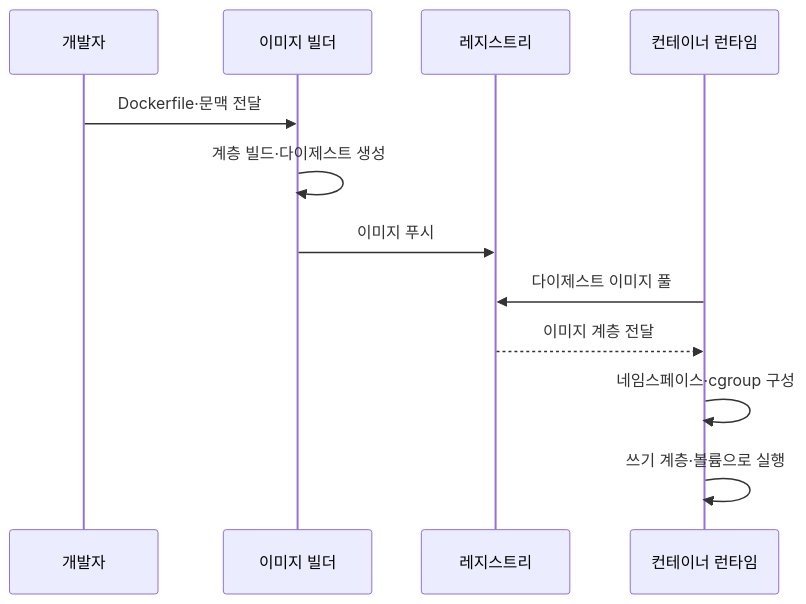
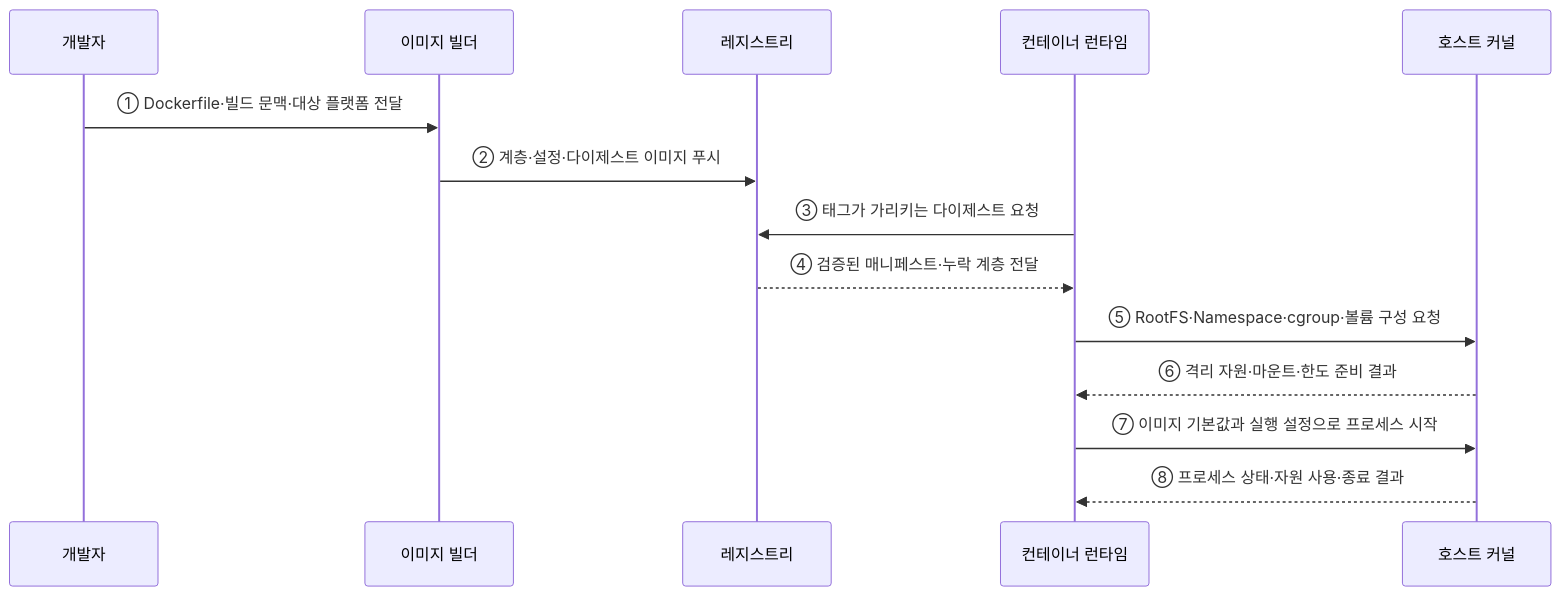
Before and after one commit to agnusdei1207/knowledge-base: the second of 2 diagrams in src/content/docs/notes/03-software/150_docker_container.md, drawn with Mermaid. The commit also changed other lines of this file and 20 other files, not shown here.

````diff
--- a/src/content/docs/notes/03-software/150_docker_container.md
+++ b/src/content/docs/notes/03-software/150_docker_container.md
@@ -82,14 +71,16 @@
 ```mermaid
 sequenceDiagram
     participant D as 개발자
     participant B as 이미지 빌더
     participant R as 레지스트리
     participant C as 컨테이너 런타임
-    D->>B: Dockerfile·문맥 전달
-    B->>B: 계층 빌드·다이제스트 생성
-    B->>R: 이미지 푸시
-    C->>R: 다이제스트 이미지 풀
-    R-->>C: 이미지 계층 전달
-    C->>C: 네임스페이스·cgroup 구성
-    C->>C: 쓰기 계층·볼륨으로 실행
+    participant K as 호스트 커널
+    D->>B: ① Dockerfile·빌드 문맥·대상 플랫폼 전달
+    B->>R: ② 계층·설정·다이제스트 이미지 푸시
+    C->>R: ③ 태그가 가리키는 다이제스트 요청
+    R-->>C: ④ 검증된 매니페스트·누락 계층 전달
+    C->>K: ⑤ RootFS·Namespace·cgroup·볼륨 구성 요청
+    K-->>C: ⑥ 격리 자원·마운트·한도 준비 결과
+    C->>K: ⑦ 이미지 기본값과 실행 설정으로 프로세스 시작
+    K-->>C: ⑧ 프로세스 상태·자원 사용·종료 결과
 ```
````
